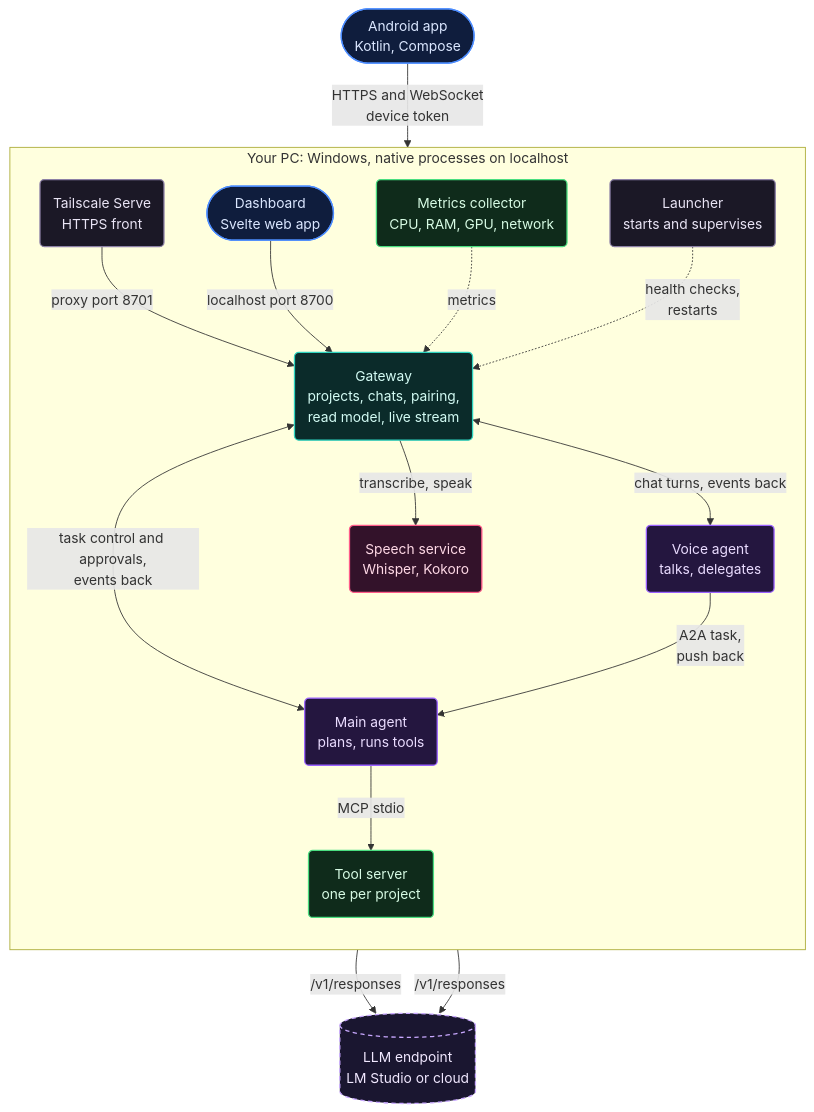
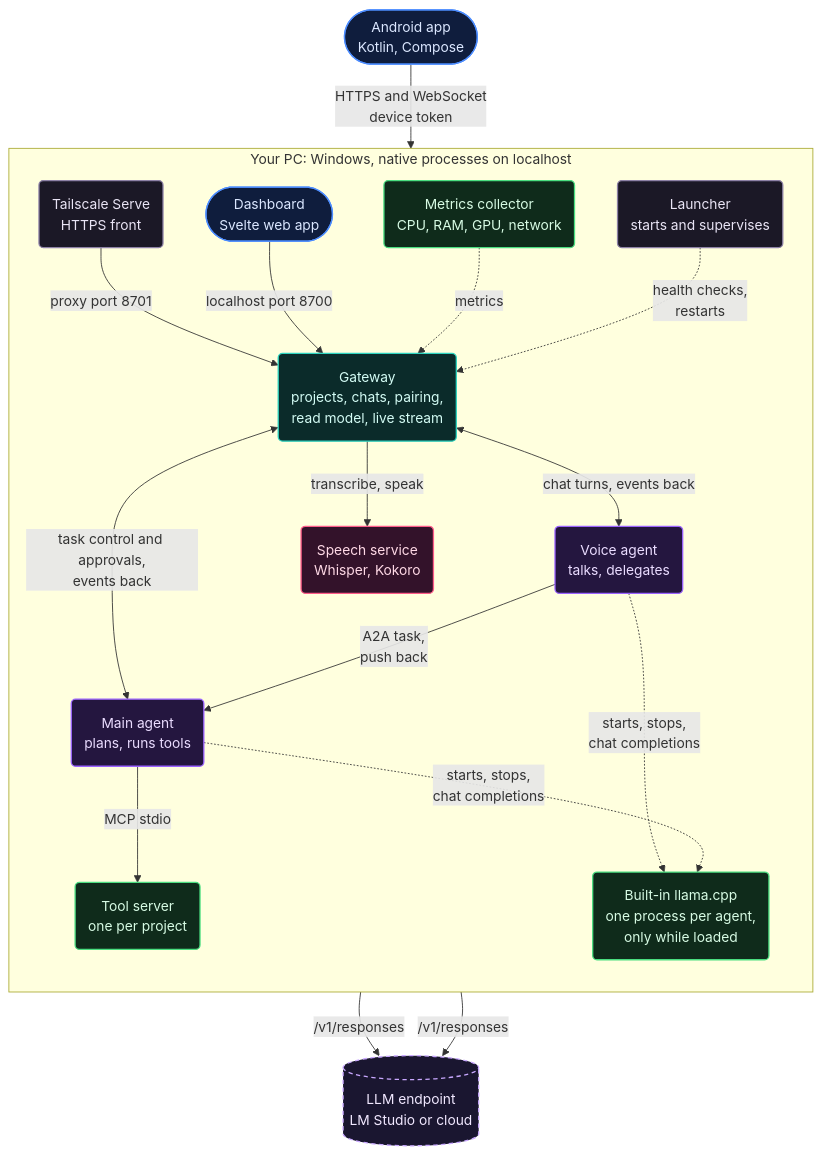
Before and after one commit to mugilnimbus/Thursday_V3: the second of 7 diagrams in docs/ARCHITECTURE.md, drawn with Mermaid. The commit also changed other lines of this file and 296 other files, not shown here.

First line of the commit message:
Thursday v3: hardening, deny list, Android and dashboard updates, architecture model

````diff
--- a/docs/ARCHITECTURE.md
+++ b/docs/ARCHITECTURE.md
@@ -48,44 +50,47 @@
 ```mermaid
 %% svg: system-overview
 flowchart TB
   app(["Android app<br/>Kotlin, Compose"])
   subgraph PC["Your PC: Windows, native processes on localhost"]
     direction TB
     ts("Tailscale Serve<br/>HTTPS front")
     dash(["Dashboard<br/>Svelte web app"])
     gw("Gateway<br/>projects, chats, pairing,<br/>read model, live stream")
     voice("Voice agent<br/>talks, delegates")
     main("Main agent<br/>plans, runs tools")
     speech("Speech service<br/>Whisper, Kokoro")
     tools("Tool server<br/>one per project")
     col("Metrics collector<br/>CPU, RAM, GPU, network")
     launcher("Launcher<br/>starts and supervises")
+    llama("Built-in llama.cpp<br/>one process per agent,<br/>only while loaded")
   end
   llm[("LLM endpoint<br/>LM Studio or cloud")]
   app -->|"HTTPS and WebSocket<br/>device token"| ts
   ts -->|"proxy port 8701"| gw
   dash -->|"localhost port 8700"| gw
   gw <-->|"chat turns, events back"| voice
   gw <-->|"task control and approvals,<br/>events back"| main
   gw -->|"transcribe, speak"| speech
   voice -->|"A2A task,<br/>push back"| main
   main -->|"MCP stdio"| tools
   col -.->|"metrics"| gw
   launcher -.->|"health checks,<br/>restarts"| gw
   voice -->|"/v1/responses"| llm
   main -->|"/v1/responses"| llm
+  voice -.->|"starts, stops,<br/>chat completions"| llama
+  main -.->|"starts, stops,<br/>chat completions"| llama
   classDef client fill:#0f1d3d,stroke:#4d8dff,color:#dbe7ff,stroke-width:1.5px
   classDef edge fill:#1b1826,stroke:#8d81a6,color:#e9e4f5,stroke-width:1.5px
   classDef gateway fill:#0b2b2a,stroke:#2dd4bf,color:#d3fbf4,stroke-width:1.5px
   classDef agent fill:#24163f,stroke:#9b63ff,color:#eadcff,stroke-width:1.5px
   classDef tool fill:#0f2b1b,stroke:#4ade80,color:#d7fbe4,stroke-width:1.5px
   classDef speech fill:#33122a,stroke:#ff5c8a,color:#ffd9e6,stroke-width:1.5px
   classDef external fill:#1a1630,stroke:#c9a8ff,color:#f1e8ff,stroke-width:1.5px,stroke-dasharray:5 4
   class app,dash client
   class ts,launcher edge
   class gw gateway
   class voice,main agent
-  class tools,col tool
+  class tools,col,llama tool
   class speech speech
   class llm external
 ```
````
